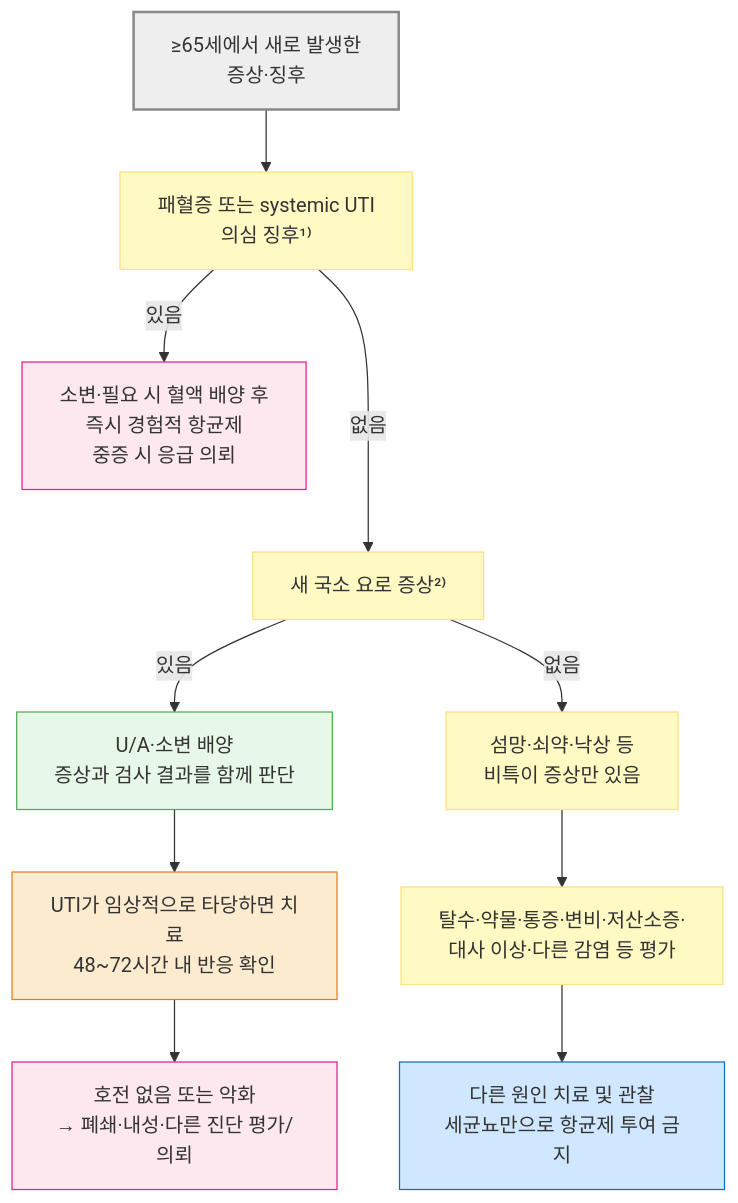
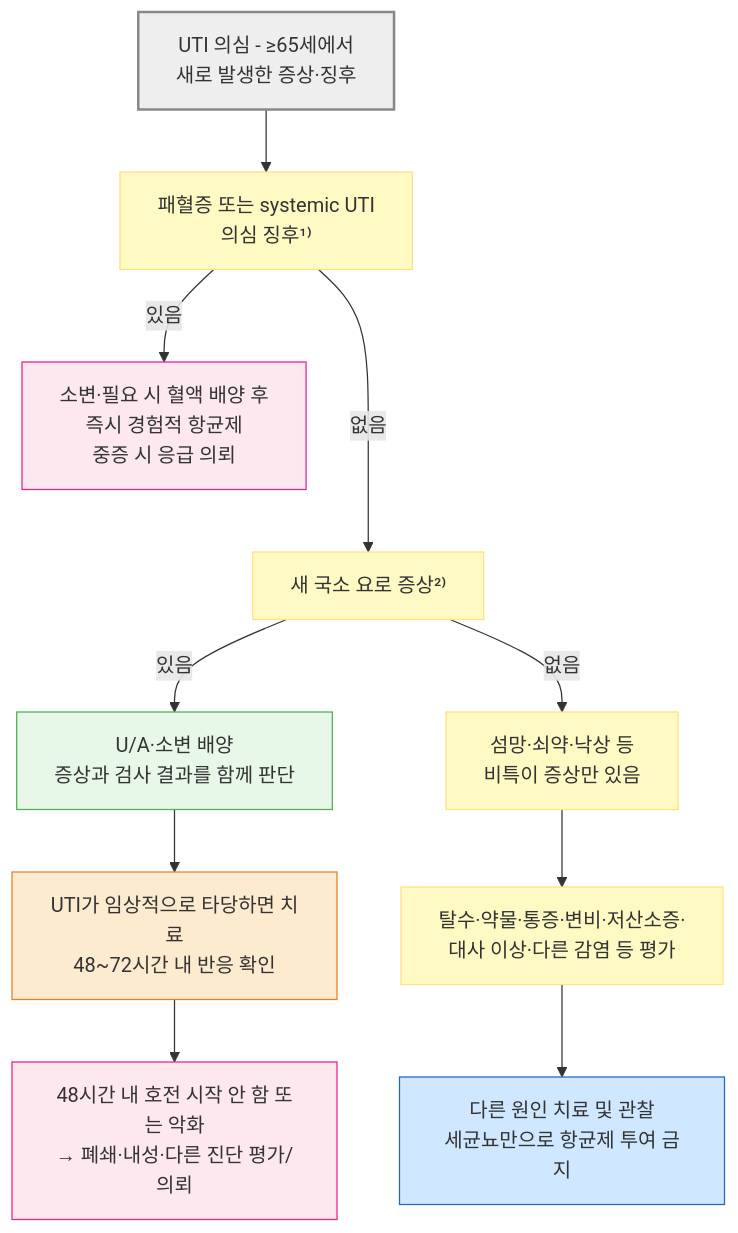
One commit to familyoh77/familyoh77 changed the second of 5 diagrams in 227_/113_-urinary-tract-infection.md. Above: the diagram before and after it, drawn with Mermaid. The commit also changed other lines of this file and 7 other files, not shown here.

````diff
--- a/227_/113_-urinary-tract-infection.md
+++ b/227_/113_-urinary-tract-infection.md
@@ -159,22 +167,22 @@
 ```mermaid
 graph TD
-    A["≥65세에서 새로 발생한<br/>증상·징후"] --> B["패혈증 또는 systemic UTI<br/>의심 징후¹⁾"]
+    A["UTI 의심 - ≥65세에서<br/>새로 발생한 증상·징후"] --> B["패혈증 또는 systemic UTI<br/>의심 징후¹⁾"]
     B -->|있음| B1["소변·필요 시 혈액 배양 후<br/>즉시 경험적 항균제<br/>중증 시 응급 의뢰"]
     B --->|없음| C["새 국소 요로 증상²⁾"]
     C -->|있음| D["U/A·소변 배양<br/>증상과 검사 결과를 함께 판단"]
     C -->|없음| E["섬망·쇠약·낙상 등<br/>비특이 증상만 있음"]
     E --> F["탈수·약물·통증·변비·저산소증·<br/>대사 이상·다른 감염 등 평가"]
     F --> G["다른 원인 치료 및 관찰<br/>세균뇨만으로 항균제 투여 금지"]
     D --> H["UTI가 임상적으로 타당하면 치료<br/>48~72시간 내 반응 확인"]
-    H --> I["호전 없음 또는 악화<br/>→ 폐쇄·내성·다른 진단 평가/의뢰"]
+    H --> I["48시간 내 호전 시작 안 함 또는 악화<br/>→ 폐쇄·내성·다른 진단 평가/의뢰"]
 
 style A fill:#eeeeee,stroke:#888888,stroke-width:2px
 classDef yellow fill:#fff9c4,stroke:#ffe082
     class B,C,E,F yellow
 classDef pink fill:#fde8f0,stroke:#e91e8c
     class B1,I pink
 classDef blue fill:#d0e8ff,stroke:#1a6abf
     class G blue
     style D fill:#e8f8e8,stroke:#4caf50
     style H fill:#fdebd0,stroke:#e67e22
 ```
````
